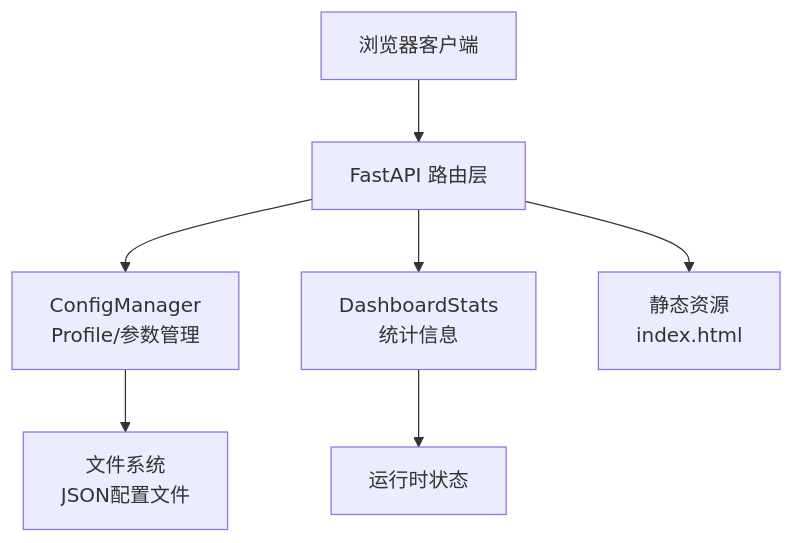
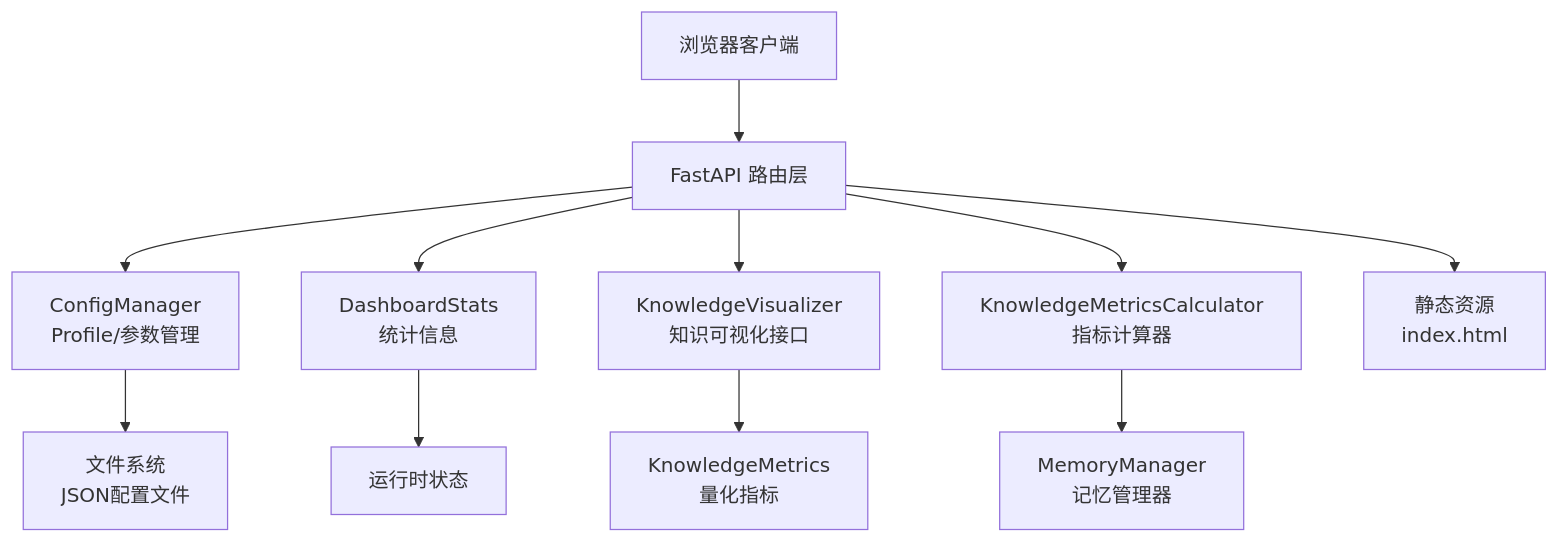
Before and after one commit to JieGaoPrinceton/NecoRAG: the second of 9 diagrams in .qoder/repowiki/zh/content/仪表板系统/仪表板系统.md, drawn with Mermaid. The commit also changed other lines of this file and 15 other files, not shown here.

````diff
--- a/.qoder/repowiki/zh/content/仪表板系统/仪表板系统.md
+++ b/.qoder/repowiki/zh/content/仪表板系统/仪表板系统.md
@@ -130,9 +142,13 @@
 ```mermaid
 graph TB
 Client["浏览器客户端"] --> API["FastAPI 路由层"]
 API --> CM["ConfigManager<br/>Profile/参数管理"]
 API --> Stats["DashboardStats<br/>统计信息"]
+API --> KV["KnowledgeVisualizer<br/>知识可视化接口"]
+API --> KM["KnowledgeMetricsCalculator<br/>指标计算器"]
 API --> UI["静态资源<br/>index.html"]
 CM --> FS["文件系统<br/>JSON配置文件"]
 Stats --> Runtime["运行时状态"]
+KV --> Metrics["KnowledgeMetrics<br/>量化指标"]
+KM --> Memory["MemoryManager<br/>记忆管理器"]
 ```
````
